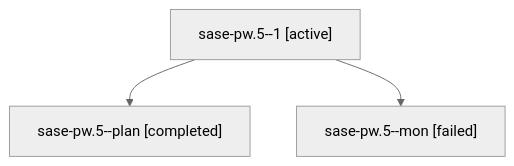
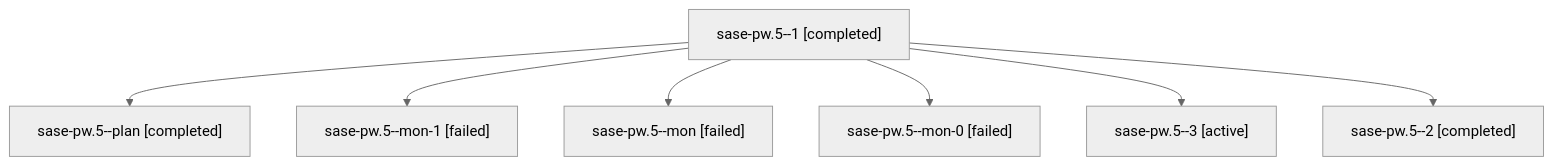
Before and after one commit to sase-org/sase--agents: the diagram in families/bbugyi200.athena.sase-pw.5.md, drawn with Mermaid (neutral theme). The commit also changed other lines of this file and 168 other files, not shown here.

````diff
--- a/families/bbugyi200.athena.sase-pw.5.md
+++ b/families/bbugyi200.athena.sase-pw.5.md
@@ -9,8 +9,16 @@
 ```mermaid
 flowchart TD
-  n0["sase-pw.5--1 [active]"]
+  n0["sase-pw.5--1 [completed]"]
   n1["sase-pw.5--plan [completed]"]
   n0 --> n1
-  n2["sase-pw.5--mon [failed]"]
+  n2["sase-pw.5--mon-1 [failed]"]
   n0 --> n2
+  n3["sase-pw.5--mon [failed]"]
+  n0 --> n3
+  n4["sase-pw.5--mon-0 [failed]"]
+  n0 --> n4
+  n5["sase-pw.5--3 [active]"]
+  n0 --> n5
+  n6["sase-pw.5--2 [completed]"]
+  n0 --> n6
 ```
````
